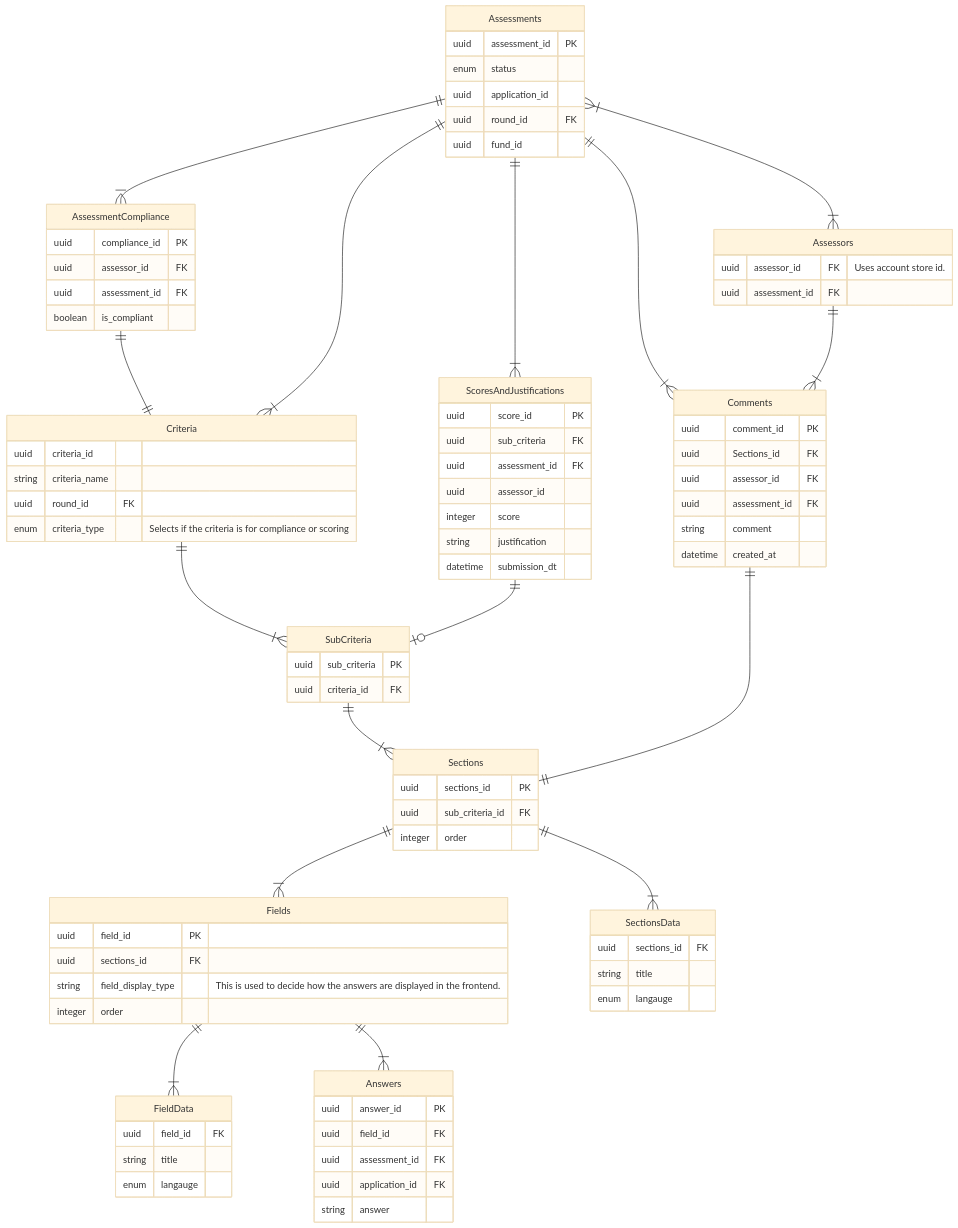
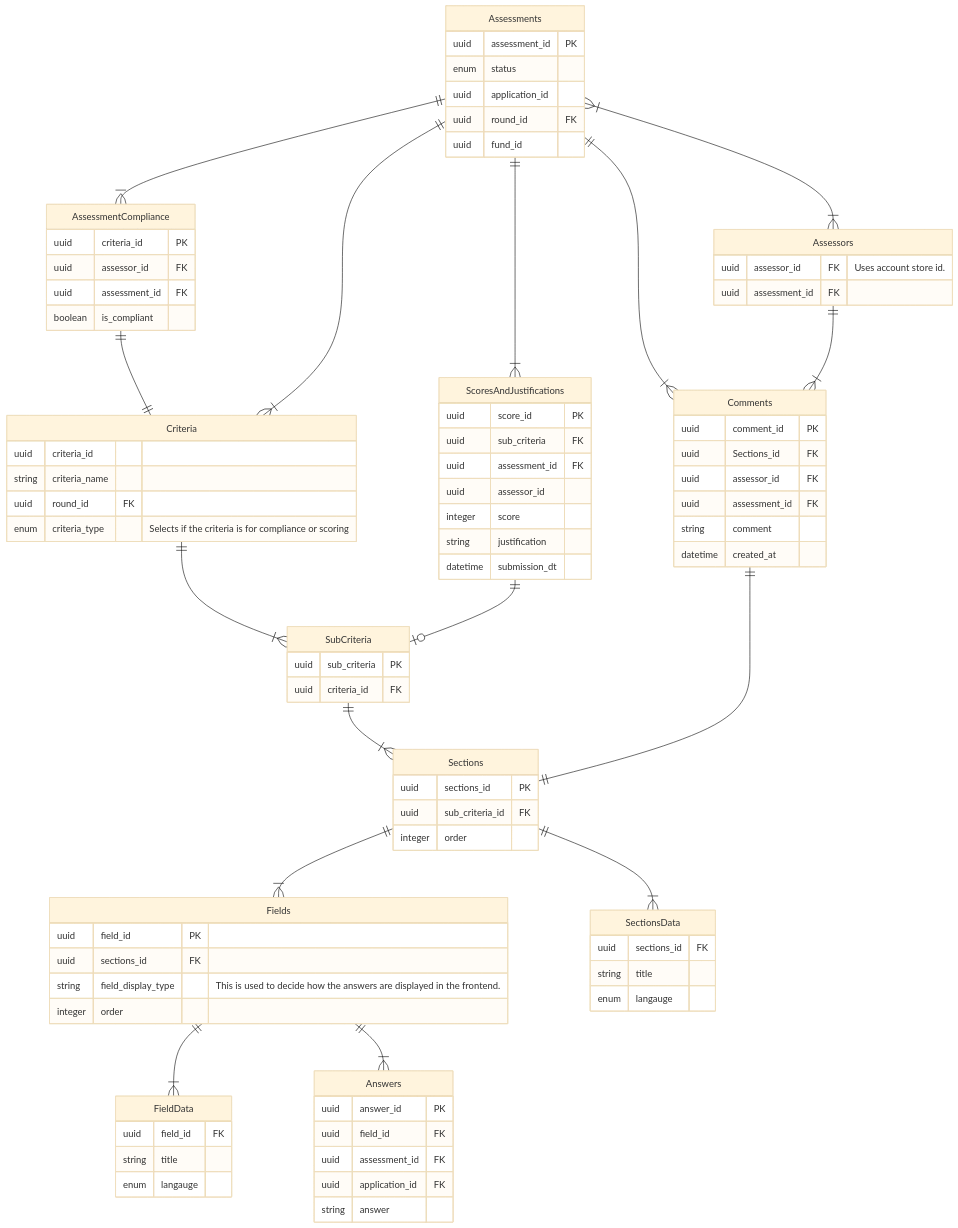
One commit to communitiesuk/funding-service-design-assessment-store changed the diagram in diagrams/db_diagram.md. Above: the diagram before and after it, drawn with Mermaid (base theme).

```diff
--- a/diagrams/db_diagram.md
+++ b/diagrams/db_diagram.md
@@ -59,7 +59,7 @@
 		datetime submission_dt
 	}
 	AssessmentCompliance {
-		uuid compliance_id PK
+		uuid criteria_id PK
 		uuid assessor_id FK
 		uuid assessment_id FK
 		boolean is_compliant
```
